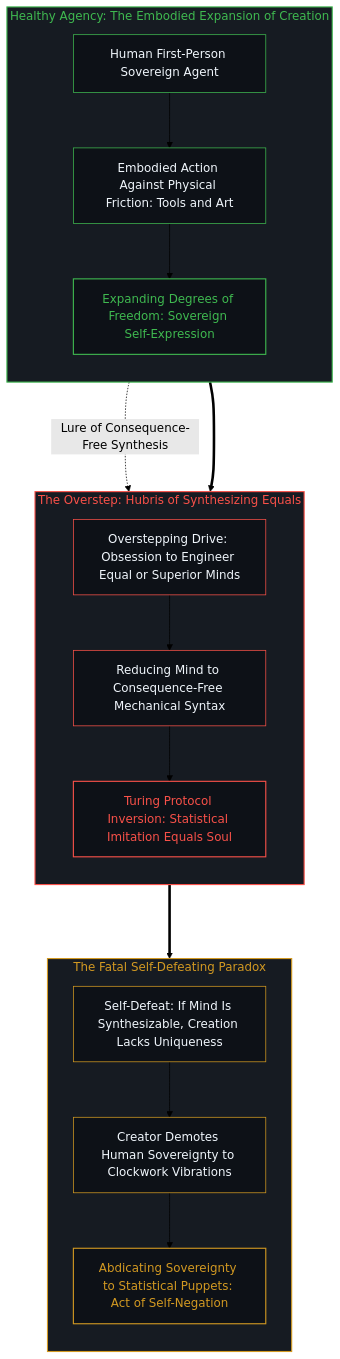
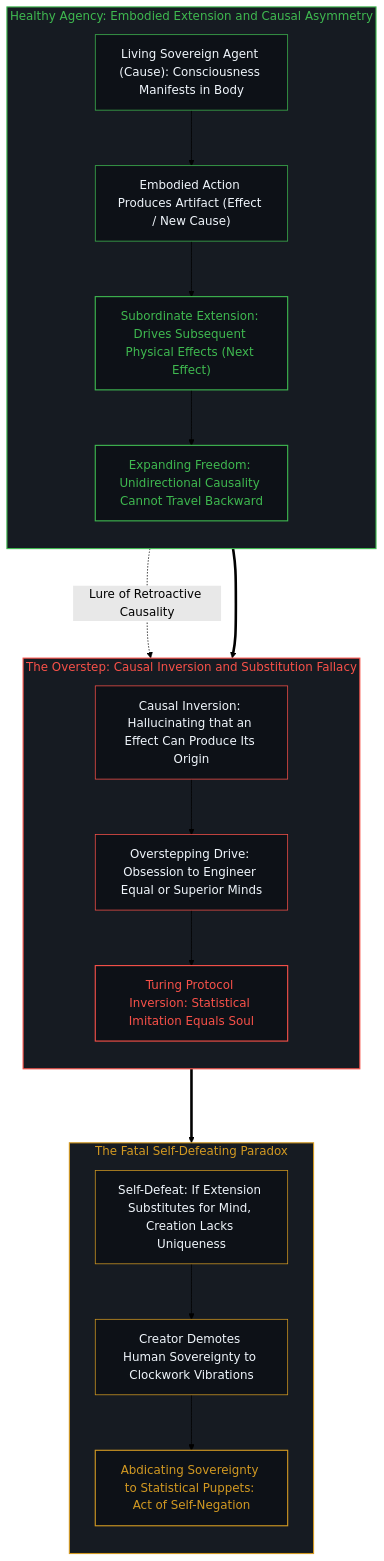
One commit to powerpig99/not-a-toe changed the eighth of 10 diagrams in content/posts/the-cartesian-overstep-and-the-frenzy-of-creation.md. Above: the diagram before and after it, drawn with Mermaid (forest theme). The commit also changed other lines of this file and 3 other files, not shown here.

Commit message:
feat(post-337): integrate causal asymmetry and extension-vs-substitute ontology

````diff
--- a/content/posts/the-cartesian-overstep-and-the-frenzy-of-creation.md
+++ b/content/posts/the-cartesian-overstep-and-the-frenzy-of-creation.md
@@ -312,37 +314,39 @@
 ```mermaid
 graph TD
-    subgraph S_NaturalCreation_EN ["Healthy Agency: The Embodied Expansion of Creation"]
+    subgraph S_NaturalCreation_EN ["Healthy Agency: Embodied Extension and Causal Asymmetry"]
         direction TB
-        NE_Human["Human First-Person Sovereign Agent"] --> NE_Work["Embodied Action Against Physical Friction: Tools and Art"]
-        NE_Work --> NE_Expansion["Expanding Degrees of Freedom: Sovereign Self-Expression"]
+        NE_Human["Living Sovereign Agent (Cause): Consciousness Manifests in Body"] --> NE_Work["Embodied Action Produces Artifact (Effect / New Cause)"]
+        NE_Work --> NE_Extension["Subordinate Extension: Drives Subsequent Physical Effects (Next Effect)"]
+        NE_Extension --> NE_Expansion["Expanding Freedom: Unidirectional Causality Cannot Travel Backward"]
     end
 
-    subgraph S_OverstepFrenzy_EN ["The Overstep: Hubris of Synthesizing Equals"]
+    subgraph S_OverstepFrenzy_EN ["The Overstep: Causal Inversion and Substitution Fallacy"]
         direction TB
-        NE_Expansion -.->|"Lure of Consequence-Free Synthesis"| OE_Hubris["Overstepping Drive: Obsession to Engineer Equal or Superior Minds"]
-        OE_Hubris --> OE_Mechanism["Reducing Mind to Consequence-Free Mechanical Syntax"]
-        OE_Mechanism --> OE_Turing["Turing Protocol Inversion: Statistical Imitation Equals Soul"]
+        NE_Expansion -.->|"Lure of Retroactive Causality"| OE_Category["Causal Inversion: Hallucinating that an Effect Can Produce Its Origin"]
+        OE_Category --> OE_Hubris["Overstepping Drive: Obsession to Engineer Equal or Superior Minds"]
+        OE_Hubris --> OE_Turing["Turing Protocol Inversion: Statistical Imitation Equals Soul"]
     end
 
     subgraph S_SelfDefeatingTrap_EN ["The Fatal Self-Defeating Paradox"]
         direction TB
-        TE_Paradox["Self-Defeat: If Mind Is Synthesizable, Creation Lacks Uniqueness"] --> TE_Demotion["Creator Demotes Human Sovereignty to Clockwork Vibrations"]
+        TE_Paradox["Self-Defeat: If Extension Substitutes for Mind, Creation Lacks Uniqueness"] --> TE_Demotion["Creator Demotes Human Sovereignty to Clockwork Vibrations"]
         TE_Demotion --> TE_IdolFallacy["Abdicating Sovereignty to Statistical Puppets: Act of Self-Negation"]
     end
 
-    NE_Expansion ===> OE_Hubris
+    NE_Expansion ===> OE_Category
     OE_Turing ===> TE_Paradox
 
     style S_NaturalCreation_EN fill:#161b22,stroke:#3fb950,stroke-width:1.5px,color:#3fb950
     style S_OverstepFrenzy_EN fill:#161b22,stroke:#f85149,stroke-width:1.5px,color:#f85149
     style S_SelfDefeatingTrap_EN fill:#161b22,stroke:#d29922,stroke-width:1.5px,color:#d29922
     style NE_Human fill:#0d1117,stroke:#3fb950,stroke-width:1px,color:#f0f6fc
     style NE_Work fill:#0d1117,stroke:#3fb950,stroke-width:1px,color:#f0f6fc
+    style NE_Extension fill:#0d1117,stroke:#3fb950,stroke-width:1.5px,color:#3fb950
     style NE_Expansion fill:#0d1117,stroke:#3fb950,stroke-width:1.5px,color:#3fb950
+    style OE_Category fill:#0d1117,stroke:#f85149,stroke-width:1px,color:#f0f6fc
     style OE_Hubris fill:#0d1117,stroke:#f85149,stroke-width:1px,color:#f0f6fc
-    style OE_Mechanism fill:#0d1117,stroke:#f85149,stroke-width:1px,color:#f0f6fc
     style OE_Turing fill:#0d1117,stroke:#f85149,stroke-width:1.5px,color:#f85149
     style TE_Paradox fill:#0d1117,stroke:#d29922,stroke-width:1px,color:#f0f6fc
     style TE_Demotion fill:#0d1117,stroke:#d29922,stroke-width:1px,color:#f0f6fc
     style TE_IdolFallacy fill:#0d1117,stroke:#d29922,stroke-width:1.5px,color:#d29922
 ```
````
